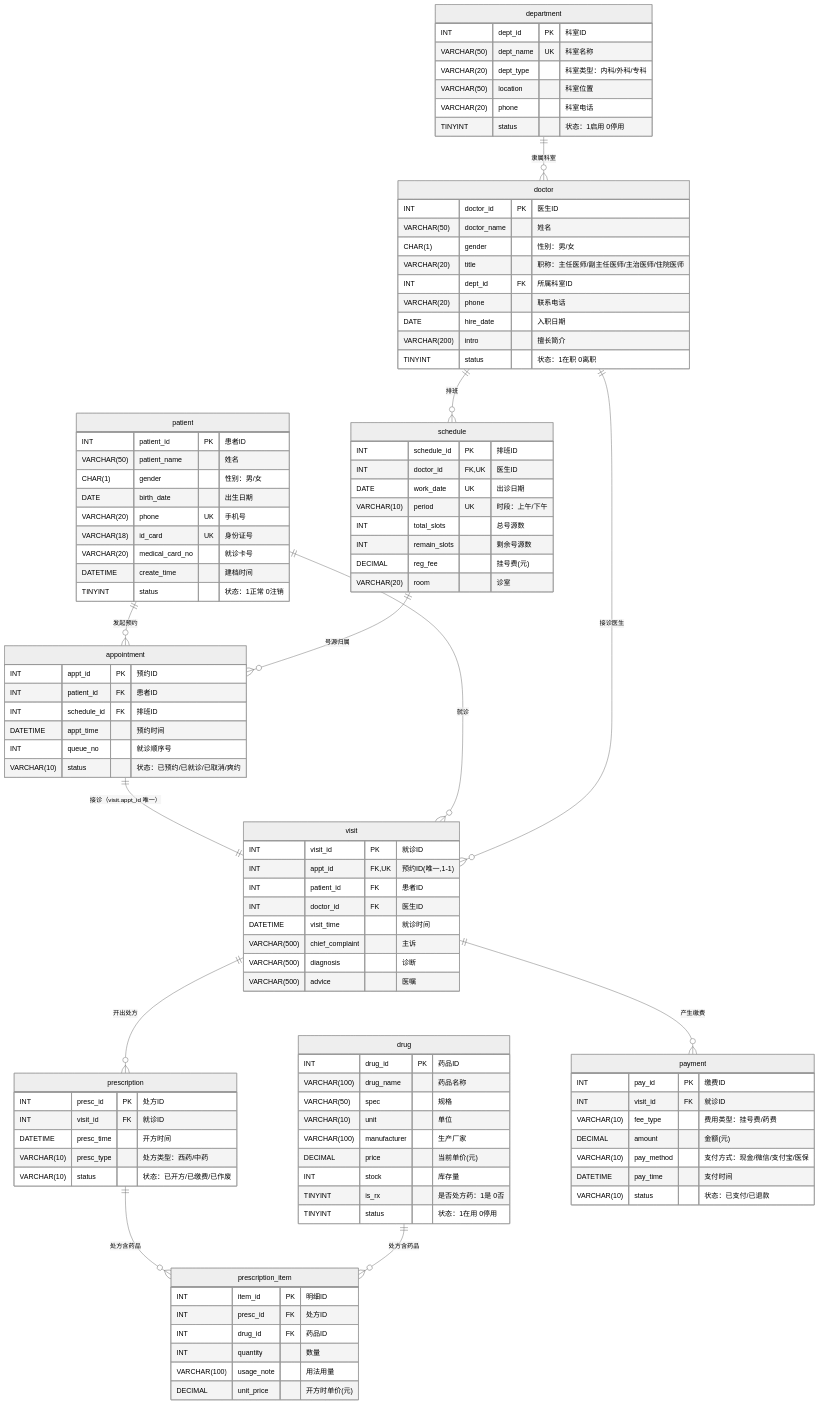
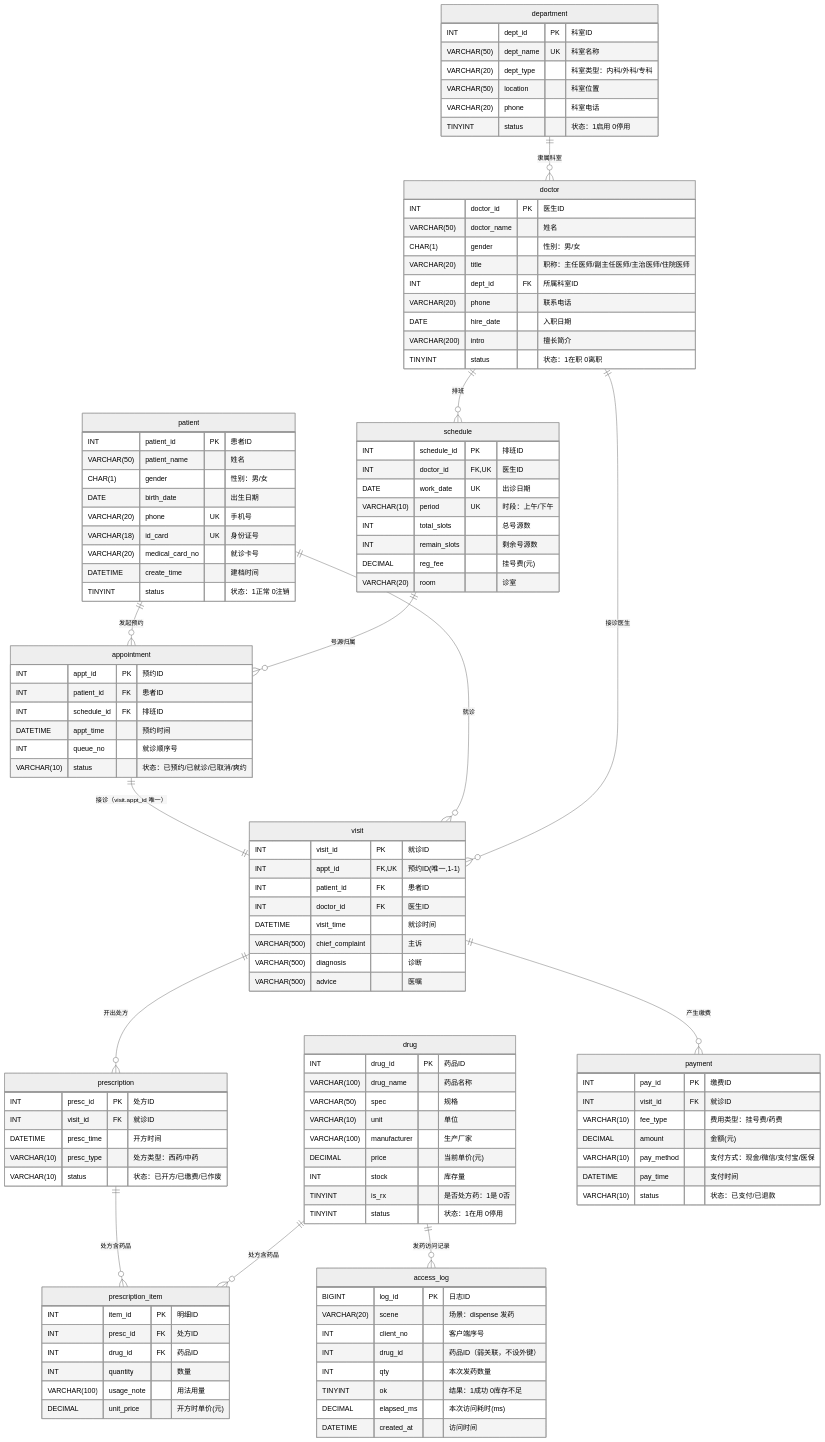
The diagram in 作业1_智慧医疗门诊预约系统/sql/er_diagram.mmd (Dark-Urge-Love/Database-Systems-Course-Project), drawn with Mermaid (neutral theme) before and after one commit. The commit also changed 20 other files, not shown here.

Commit message:
多用户并发与性能记录改用药品场景：药房多窗口同时发同一种药（T2 发药事务，FOR UPDATE 锁库存行），验证不超发；新增 access_log 访问日志表（第11张，进 ER 模型），逐条记录每次访问耗时；挂号页并发区移除，并发发药入药房业务第4页签；压测工具 write 场景同步改为发药/补货

```diff
--- a/作业1_智慧医疗门诊预约系统/sql/er_diagram.mmd
+++ b/作业1_智慧医疗门诊预约系统/sql/er_diagram.mmd
@@ -1,105 +1,116 @@
 erDiagram
     department {
         INT dept_id PK "科室ID"
         VARCHAR(50) dept_name UK "科室名称"
         VARCHAR(20) dept_type "科室类型：内科/外科/专科"
         VARCHAR(50) location "科室位置"
         VARCHAR(20) phone "科室电话"
         TINYINT status "状态：1启用 0停用"
     }
     patient {
         INT patient_id PK "患者ID"
         VARCHAR(50) patient_name "姓名"
         CHAR(1) gender "性别：男/女"
         DATE birth_date "出生日期"
         VARCHAR(20) phone UK "手机号"
         VARCHAR(18) id_card UK "身份证号"
         VARCHAR(20) medical_card_no "就诊卡号"
         DATETIME create_time "建档时间"
         TINYINT status "状态：1正常 0注销"
     }
     doctor {
         INT doctor_id PK "医生ID"
         VARCHAR(50) doctor_name "姓名"
         CHAR(1) gender "性别：男/女"
         VARCHAR(20) title "职称：主任医师/副主任医师/主治医师/住院医师"
         INT dept_id FK "所属科室ID"
         VARCHAR(20) phone "联系电话"
         DATE hire_date "入职日期"
         VARCHAR(200) intro "擅长简介"
         TINYINT status "状态：1在职 0离职"
     }
     schedule {
         INT schedule_id PK "排班ID"
         INT doctor_id FK,UK "医生ID"
         DATE work_date UK "出诊日期"
         VARCHAR(10) period UK "时段：上午/下午"
         INT total_slots "总号源数"
         INT remain_slots "剩余号源数"
         DECIMAL reg_fee "挂号费(元)"
         VARCHAR(20) room "诊室"
     }
     appointment {
         INT appt_id PK "预约ID"
         INT patient_id FK "患者ID"
         INT schedule_id FK "排班ID"
         DATETIME appt_time "预约时间"
         INT queue_no "就诊顺序号"
         VARCHAR(10) status "状态：已预约/已就诊/已取消/爽约"
     }
     visit {
         INT visit_id PK "就诊ID"
         INT appt_id FK,UK "预约ID(唯一,1-1)"
         INT patient_id FK "患者ID"
         INT doctor_id FK "医生ID"
         DATETIME visit_time "就诊时间"
         VARCHAR(500) chief_complaint "主诉"
         VARCHAR(500) diagnosis "诊断"
         VARCHAR(500) advice "医嘱"
     }
     prescription {
         INT presc_id PK "处方ID"
         INT visit_id FK "就诊ID"
         DATETIME presc_time "开方时间"
         VARCHAR(10) presc_type "处方类型：西药/中药"
         VARCHAR(10) status "状态：已开方/已缴费/已作废"
     }
     drug {
         INT drug_id PK "药品ID"
         VARCHAR(100) drug_name "药品名称"
         VARCHAR(50) spec "规格"
         VARCHAR(10) unit "单位"
         VARCHAR(100) manufacturer "生产厂家"
         DECIMAL price "当前单价(元)"
         INT stock "库存量"
         TINYINT is_rx "是否处方药：1是 0否"
         TINYINT status "状态：1在用 0停用"
     }
     prescription_item {
         INT item_id PK "明细ID"
         INT presc_id FK "处方ID"
         INT drug_id FK "药品ID"
         INT quantity "数量"
         VARCHAR(100) usage_note "用法用量"
         DECIMAL unit_price "开方时单价(元)"
     }
     payment {
         INT pay_id PK "缴费ID"
         INT visit_id FK "就诊ID"
         VARCHAR(10) fee_type "费用类型：挂号费/药费"
         DECIMAL amount "金额(元)"
         VARCHAR(10) pay_method "支付方式：现金/微信/支付宝/医保"
         DATETIME pay_time "支付时间"
         VARCHAR(10) status "状态：已支付/已退款"
     }
+    access_log {
+        BIGINT log_id PK "日志ID"
+        VARCHAR(20) scene "场景：dispense 发药"
+        INT client_no "客户端序号"
+        INT drug_id "药品ID（弱关联，不设外键）"
+        INT qty "本次发药数量"
+        TINYINT ok "结果：1成功 0库存不足"
+        DECIMAL elapsed_ms "本次访问耗时(ms)"
+        DATETIME created_at "访问时间"
+    }
     department ||--o{ doctor : "隶属科室"
     doctor ||--o{ schedule : "排班"
     patient ||--o{ appointment : "发起预约"
     schedule ||--o{ appointment : "号源归属"
     appointment ||--|| visit : "接诊（visit.appt_id 唯一）"
     visit ||--o{ prescription : "开出处方"
     prescription ||--o{ prescription_item : "处方含药品"
     drug ||--o{ prescription_item : "处方含药品"
     visit ||--o{ payment : "产生缴费"
     patient ||--o{ visit : "就诊"
     doctor ||--o{ visit : "接诊医生"
+    drug ||--o{ access_log : "发药访问记录"
```
